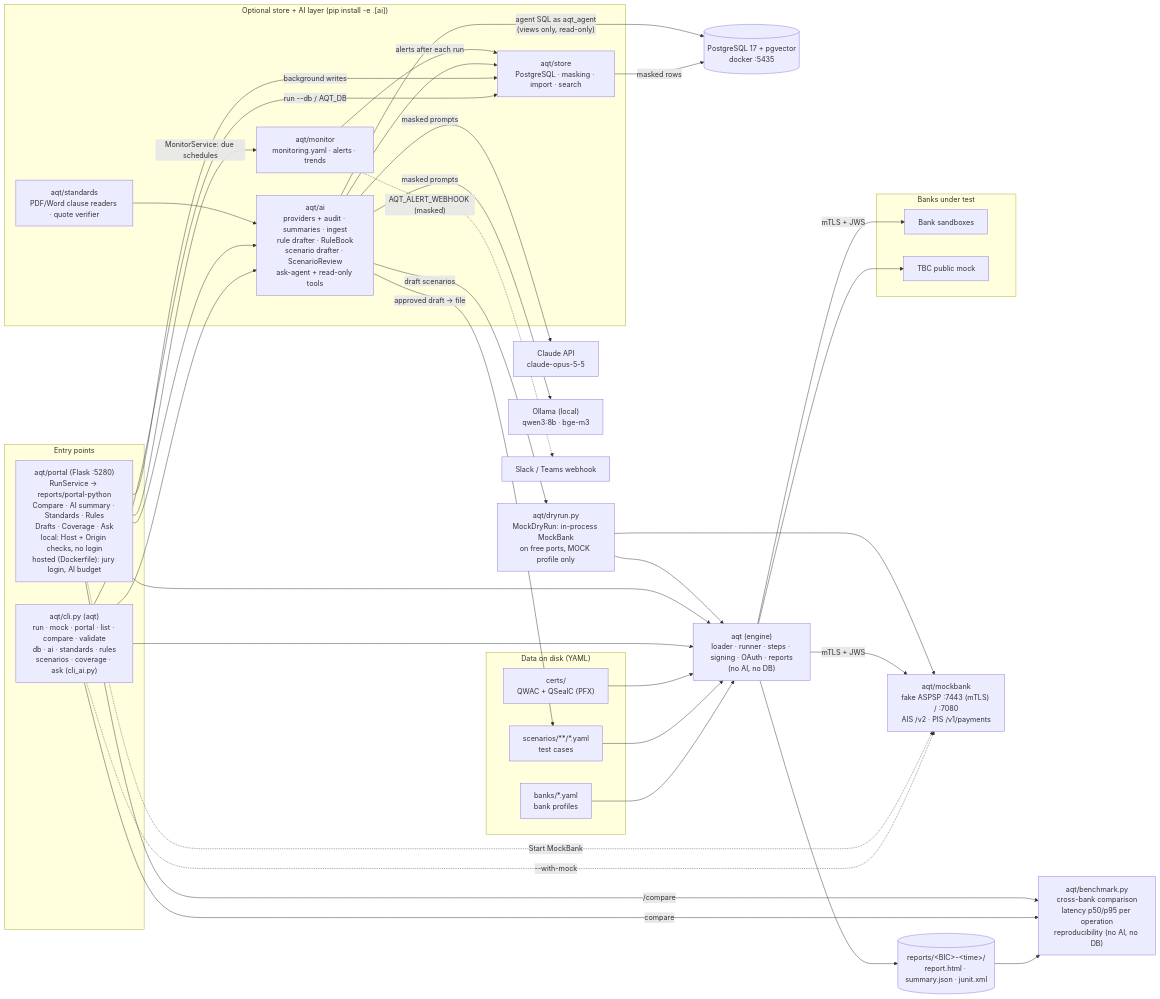
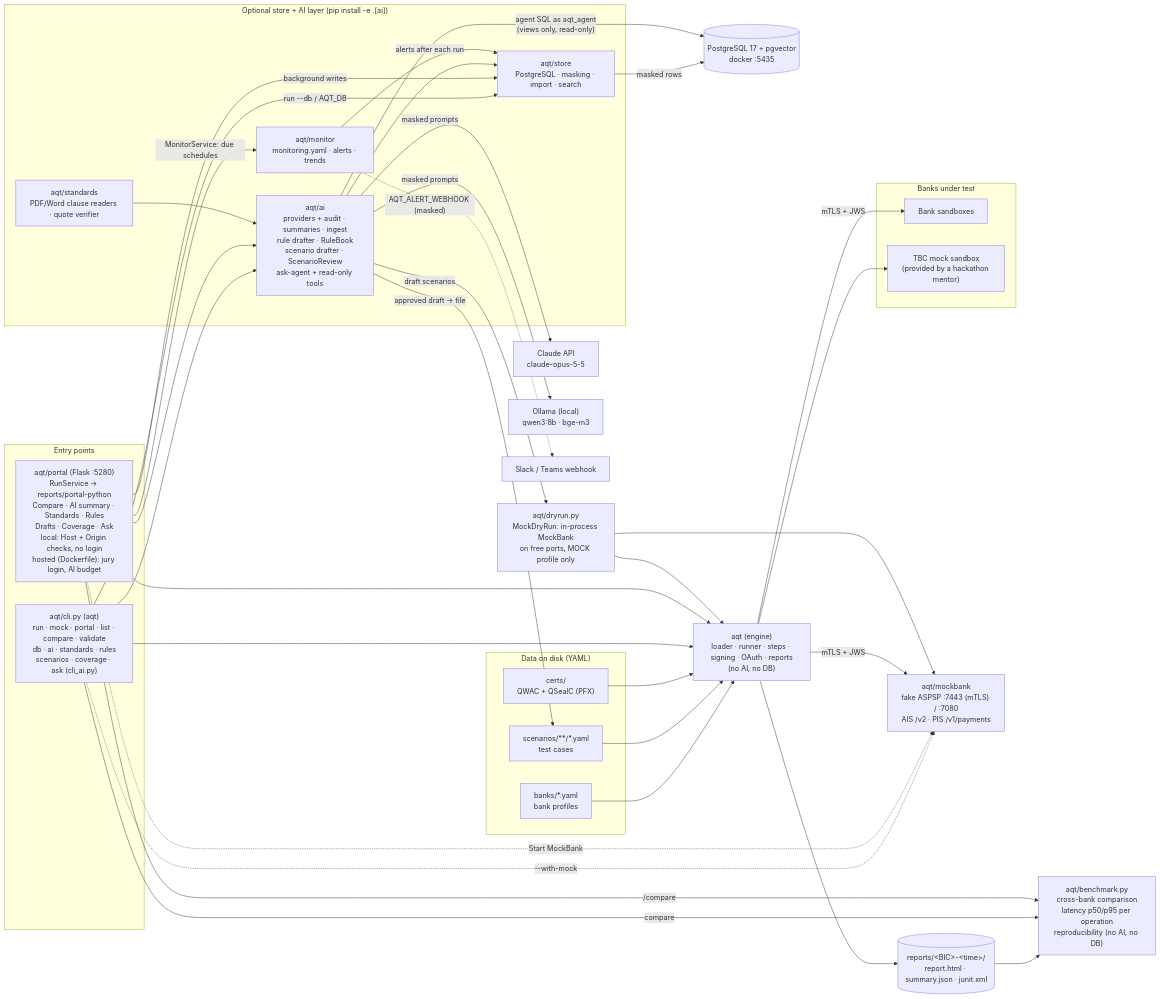
One commit to levan-petrosiani/Aurasoft-Monitoring changed the first of 12 diagrams in ARCHITECTURE.md. Above: the diagram before and after it, drawn with Mermaid. The commit also changed other lines of this file and 9 other files, not shown here.

Commit message:
Name the TBC sandbox for what it is: a mock provided by a hackathon mentor, not TBC Bank's own sandbox

````diff
--- a/ARCHITECTURE.md
+++ b/ARCHITECTURE.md
@@ -13,67 +13,67 @@
 ```mermaid
 flowchart LR
     subgraph Inputs["Data on disk (YAML)"]
         Banks["banks/*.yaml<br/>bank profiles"]
         Scen["scenarios/**/*.yaml<br/>test cases"]
         Certs["certs/<br/>QWAC + QSealC (PFX)"]
     end
 
     subgraph Hosts["Entry points"]
         Cli["aqt/cli.py (aqt)<br/>run · mock · portal · list · compare · validate<br/>db · ai · standards · rules<br/>scenarios · coverage · ask (cli_ai.py)"]
         Portal["aqt/portal (Flask :5280)<br/>RunService → reports/portal-python<br/>Compare · AI summary · Standards · Rules<br/>Drafts · Coverage · Ask<br/>local: Host + Origin checks, no login<br/>hosted (Dockerfile): jury login, AI budget"]
     end
 
     subgraph AiLayer["Optional store + AI layer (pip install -e .[ai])"]
         Store["aqt/store<br/>PostgreSQL · masking · import · search"]
         Std["aqt/standards<br/>PDF/Word clause readers · quote verifier"]
         Mon["aqt/monitor<br/>monitoring.yaml · alerts · trends"]
         AI["aqt/ai<br/>providers + audit · summaries · ingest<br/>rule drafter · RuleBook<br/>scenario drafter · ScenarioReview<br/>ask-agent + read-only tools"]
     end
     PG[("PostgreSQL 17 + pgvector<br/>docker :5435")]
     Claude["Claude API<br/>claude-opus-5-5"]
     Ollama["Ollama (local)<br/>qwen3:8b · bge-m3"]
 
     Engine["aqt (engine)<br/>loader · runner · steps · signing · OAuth · reports<br/>(no AI, no DB)"]
     Mock["aqt/mockbank<br/>fake ASPSP :7443 (mTLS) / :7080<br/>AIS /v2 · PIS /v1/payments"]
     Dry["aqt/dryrun.py<br/>MockDryRun: in-process MockBank<br/>on free ports, MOCK profile only"]
     Reports[("reports/&lt;BIC&gt;-&lt;time&gt;/<br/>report.html · summary.json · junit.xml")]
     Bench["aqt/benchmark.py<br/>cross-bank comparison<br/>latency p50/p95 per operation<br/>reproducibility (no AI, no DB)"]
 
     subgraph Targets["Banks under test"]
         Real["Bank sandboxes"]
-        TbcMock["TBC public mock"]
+        TbcMock["TBC mock sandbox<br/>(provided by a hackathon mentor)"]
     end
 
     Banks --> Engine
     Scen --> Engine
     Certs --> Engine
     Cli --> Engine
     Portal --> Engine
     Cli -. "--with-mock" .-> Mock
     Portal -. "Start MockBank" .-> Mock
     Engine -- "mTLS + JWS" --> Mock
     Engine -- "mTLS + JWS" --> Real
     Engine --> TbcMock
     Engine --> Reports
     Reports --> Bench
     Cli -- "compare" --> Bench
     Portal -- "/compare" --> Bench
 
     Cli -- "run --db / AQT_DB" --> Store
     Portal -- "background writes" --> Store
     Cli --> AI
     Portal --> AI
     Std --> AI
     AI -- "draft scenarios" --> Dry
     Dry --> Engine
     Dry --> Mock
     AI -- "approved draft → file" --> Scen
     AI --> Store
     Store -- "masked rows" --> PG
     Portal -- "MonitorService: due schedules" --> Mon
     Mon -- "alerts after each run" --> Store
     Mon -. "AQT_ALERT_WEBHOOK (masked)" .-> Hook["Slack / Teams webhook"]
     AI -- "agent SQL as aqt_agent<br/>(views only, read-only)" --> PG
     AI -- "masked prompts" --> Claude
     AI -- "masked prompts" --> Ollama
 ```
````
